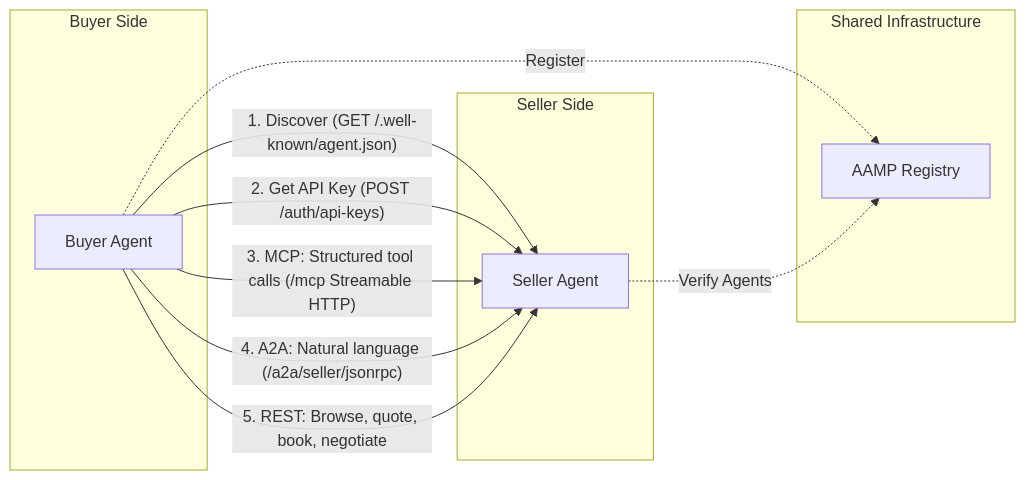
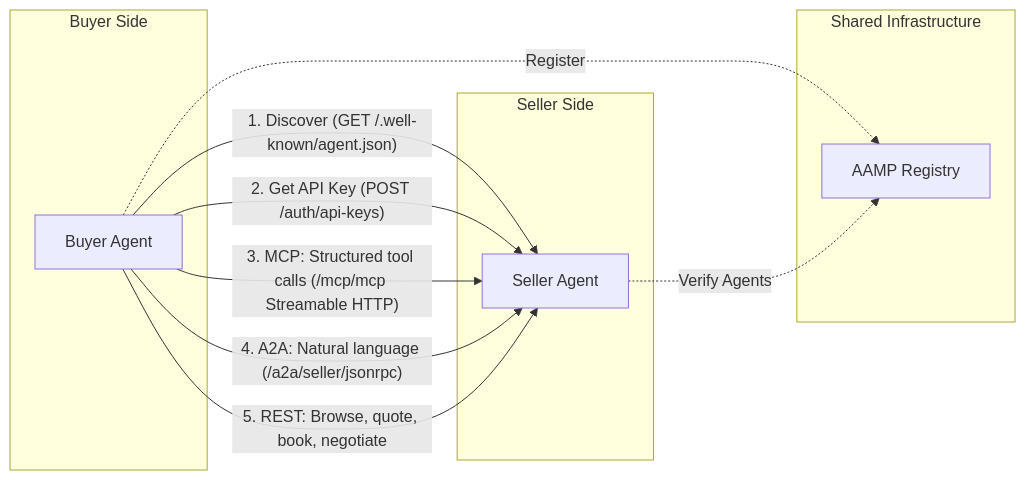
One commit to IABTechLab/seller-agent changed the third of 3 diagrams in docs/architecture/overview.md. Above: the diagram before and after it, drawn with Mermaid. The commit also changed other lines of this file and 6 other files, not shown here.

````diff
--- a/docs/architecture/overview.md
+++ b/docs/architecture/overview.md
@@ -171,23 +171,23 @@
 ```mermaid
 graph LR
     subgraph "Buyer Side"
         BA[Buyer Agent]
     end
 
     subgraph "Seller Side"
         SA[Seller Agent]
     end
 
     subgraph "Shared Infrastructure"
         AAMP[AAMP Registry]
     end
 
     BA -->|"1. Discover (GET /.well-known/agent.json)"| SA
     BA -->|"2. Get API Key (POST /auth/api-keys)"| SA
-    BA -->|"3. MCP: Structured tool calls (/mcp Streamable HTTP)"| SA
+    BA -->|"3. MCP: Structured tool calls (/mcp/mcp Streamable HTTP)"| SA
     BA -->|"4. A2A: Natural language (/a2a/seller/jsonrpc)"| SA
     BA -->|"5. REST: Browse, quote, book, negotiate"| SA
 
     BA -.->|Register| AAMP
     SA -.->|Verify Agents| AAMP
 ```
````
